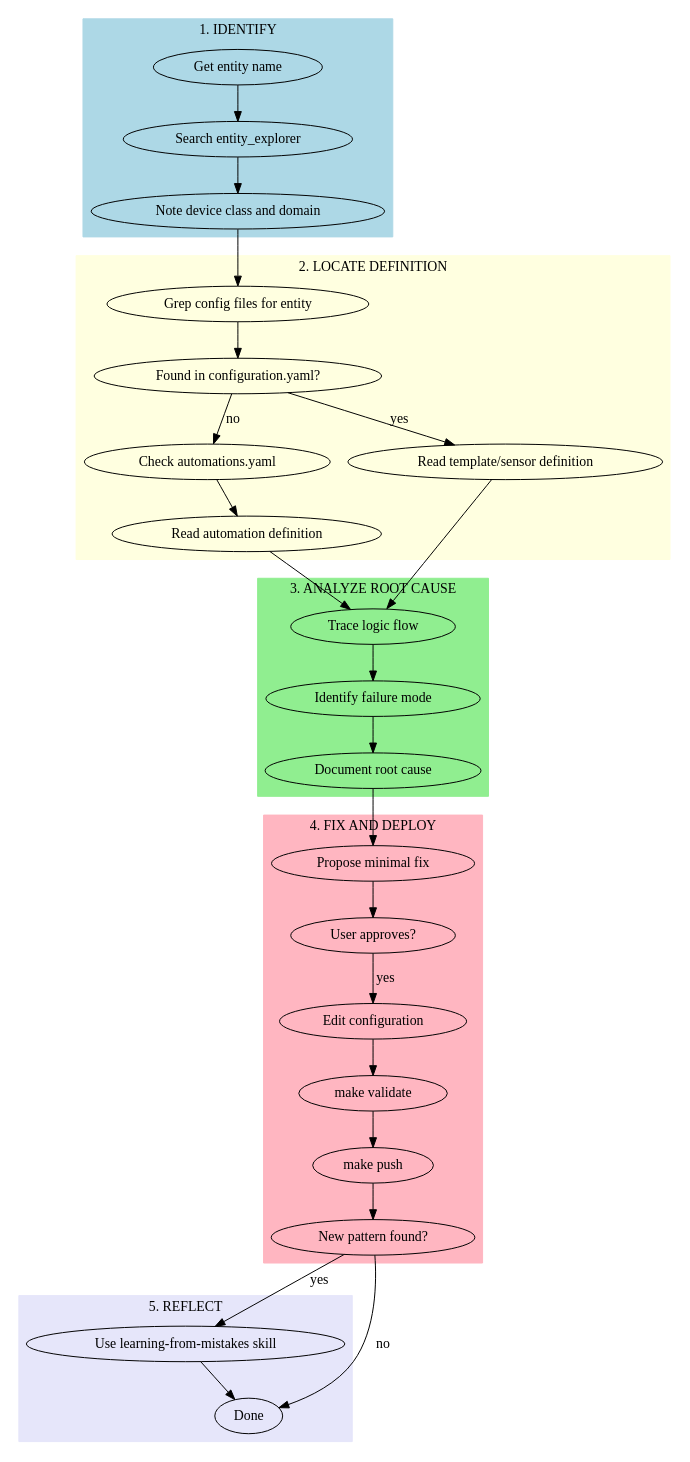
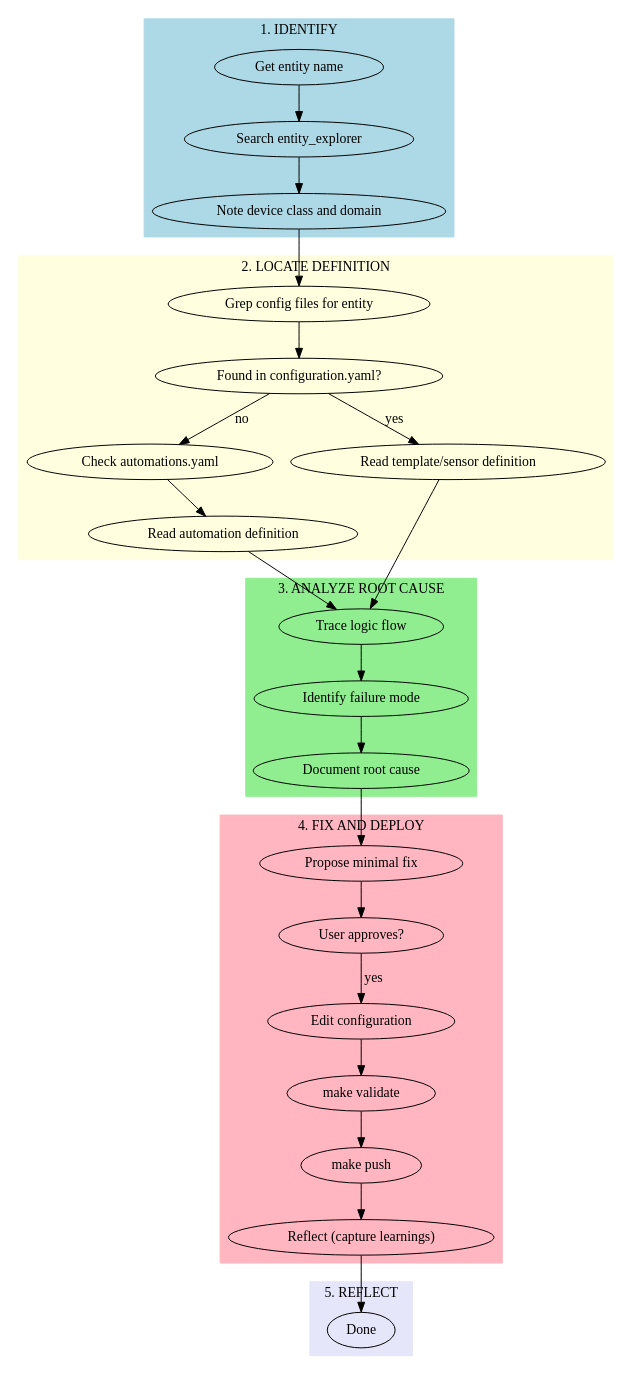
Before and after one commit to stephenwong/ai-homeassistant: the diagram in .claude-code/plugins/home-assistant/skills/home-assistant-debugging/SKILL.md, drawn with Graphviz. The commit also changed other lines of this file and 4 other files, not shown here.

First line of the commit message:
Rename learning-from-mistakes skill to reflect and slim down skills

````diff
--- a/.claude-code/plugins/home-assistant/skills/home-assistant-debugging/SKILL.md
+++ b/.claude-code/plugins/home-assistant/skills/home-assistant-debugging/SKILL.md
@@ -38,55 +38,53 @@
 ```dot
 digraph debug_flow {
     rankdir=TB;
 
     subgraph cluster_identify {
         label="1. IDENTIFY";
         style=filled;
         color=lightblue;
         "Get entity name" -> "Search entity_explorer";
         "Search entity_explorer" -> "Note device class and domain";
     }
 
     subgraph cluster_locate {
         label="2. LOCATE DEFINITION";
         style=filled;
         color=lightyellow;
         "Note device class and domain" -> "Grep config files for entity";
         "Grep config files for entity" -> "Found in configuration.yaml?" [shape=diamond];
         "Found in configuration.yaml?" -> "Read template/sensor definition" [label="yes"];
         "Found in configuration.yaml?" -> "Check automations.yaml" [label="no"];
         "Check automations.yaml" -> "Read automation definition";
     }
 
     subgraph cluster_analyze {
         label="3. ANALYZE ROOT CAUSE";
         style=filled;
         color=lightgreen;
         "Read template/sensor definition" -> "Trace logic flow";
         "Read automation definition" -> "Trace logic flow";
         "Trace logic flow" -> "Identify failure mode";
         "Identify failure mode" -> "Document root cause";
     }
 
     subgraph cluster_fix {
         label="4. FIX AND DEPLOY";
         style=filled;
         color=lightpink;
         "Document root cause" -> "Propose minimal fix";
         "Propose minimal fix" -> "User approves?";
         "User approves?" -> "Edit configuration" [label="yes"];
         "Edit configuration" -> "make validate";
         "make validate" -> "make push";
-        "make push" -> "New pattern found?";
+        "make push" -> "Reflect (capture learnings)";
     }
 
     subgraph cluster_reflect {
         label="5. REFLECT";
         style=filled;
         color=lavender;
-        "New pattern found?" -> "Use learning-from-mistakes skill" [label="yes"];
-        "New pattern found?" -> "Done" [label="no"];
-        "Use learning-from-mistakes skill" -> "Done";
+        "Reflect (capture learnings)" -> "Done";
     }
 }
 ```
````
